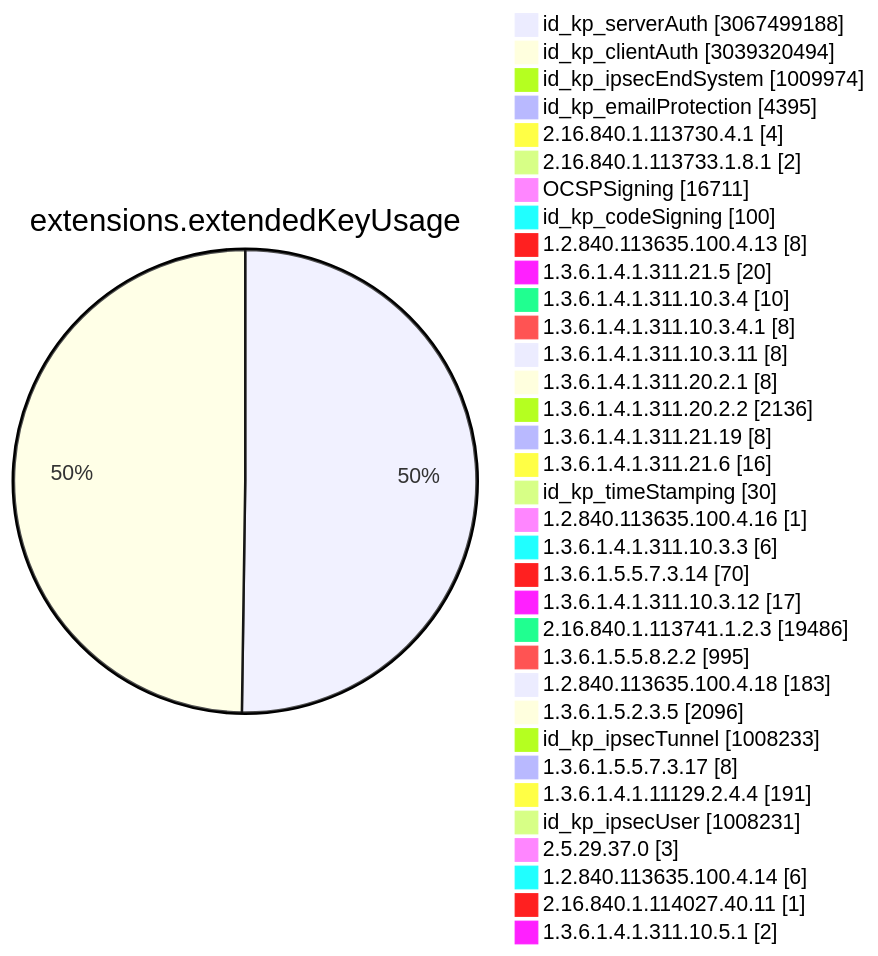
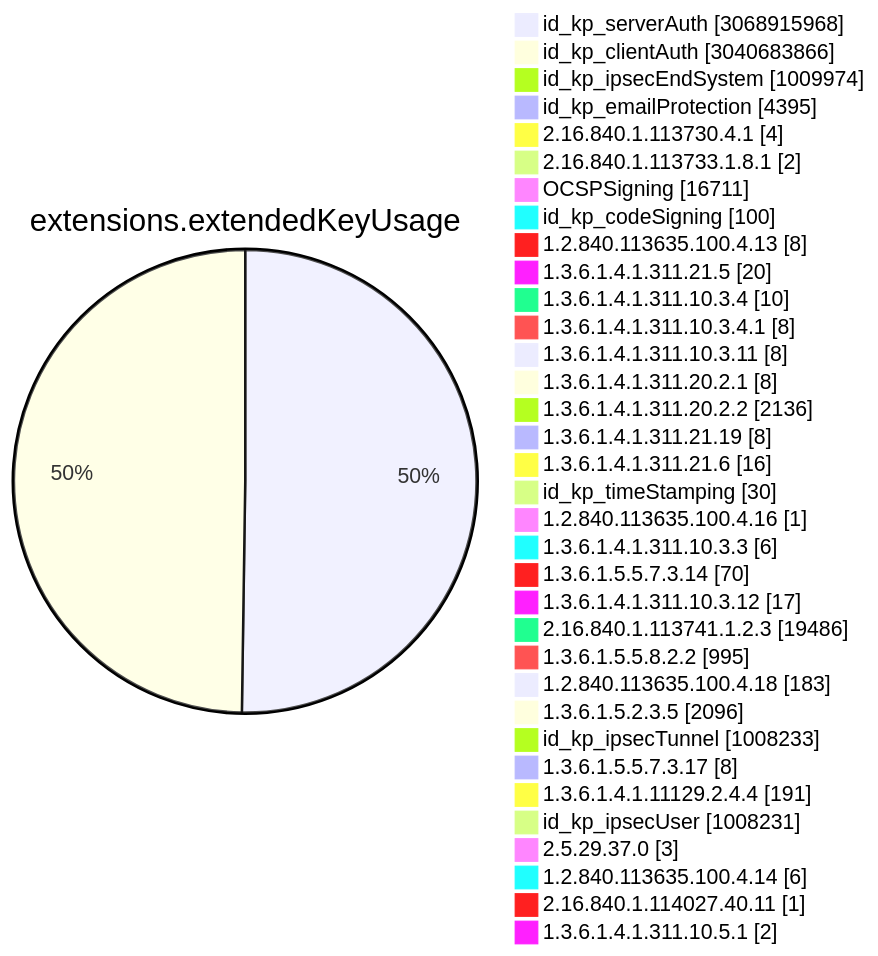
One commit to christiankrug/ctmonitor_visualization changed diagram 11 of 15 in TOTAL/README.md. Above: the diagram before and after it, drawn with Mermaid. The commit also changed other lines of this file, not shown here.

````diff
--- a/TOTAL/README.md
+++ b/TOTAL/README.md
@@ -4119,38 +4119,38 @@
 ```mermaid
 pie showData
 title extensions.extendedKeyUsage
-"id_kp_serverAuth" :3067499188
-"id_kp_clientAuth" :3039320494
+"id_kp_serverAuth" :3068915968
+"id_kp_clientAuth" :3040683866
 "id_kp_ipsecEndSystem" :1009974
 "id_kp_emailProtection" :4395
 "2.16.840.1.113730.4.1" :4
 "2.16.840.1.113733.1.8.1" :2
 "OCSPSigning" :16711
 "id_kp_codeSigning" :100
 "1.2.840.113635.100.4.13" :8
 "1.3.6.1.4.1.311.21.5" :20
 "1.3.6.1.4.1.311.10.3.4" :10
 "1.3.6.1.4.1.311.10.3.4.1" :8
 "1.3.6.1.4.1.311.10.3.11" :8
 "1.3.6.1.4.1.311.20.2.1" :8
 "1.3.6.1.4.1.311.20.2.2" :2136
 "1.3.6.1.4.1.311.21.19" :8
 "1.3.6.1.4.1.311.21.6" :16
 "id_kp_timeStamping" :30
 "1.2.840.113635.100.4.16" :1
 "1.3.6.1.4.1.311.10.3.3" :6
 "1.3.6.1.5.5.7.3.14" :70
 "1.3.6.1.4.1.311.10.3.12" :17
 "2.16.840.1.113741.1.2.3" :19486
 "1.3.6.1.5.5.8.2.2" :995
 "1.2.840.113635.100.4.18" :183
 "1.3.6.1.5.2.3.5" :2096
 "id_kp_ipsecTunnel" :1008233
 "1.3.6.1.5.5.7.3.17" :8
 "1.3.6.1.4.1.11129.2.4.4" :191
 "id_kp_ipsecUser" :1008231
 "2.5.29.37.0" :3
 "1.2.840.113635.100.4.14" :6
 "2.16.840.1.114027.40.11" :1
 "1.3.6.1.4.1.311.10.5.1" :2
 ```
````
